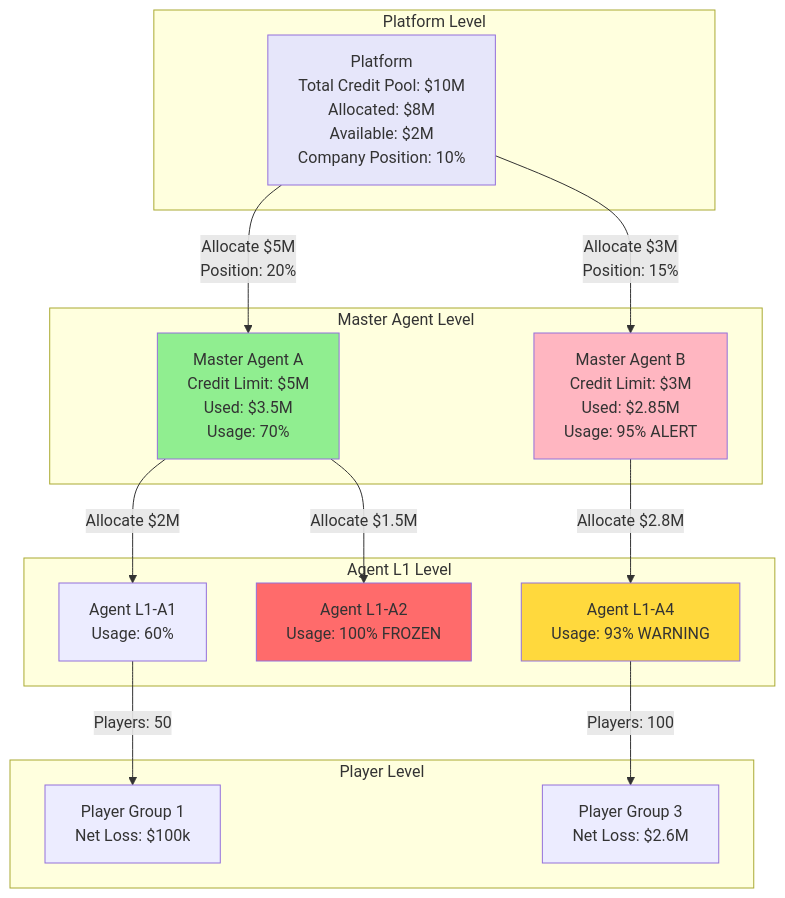
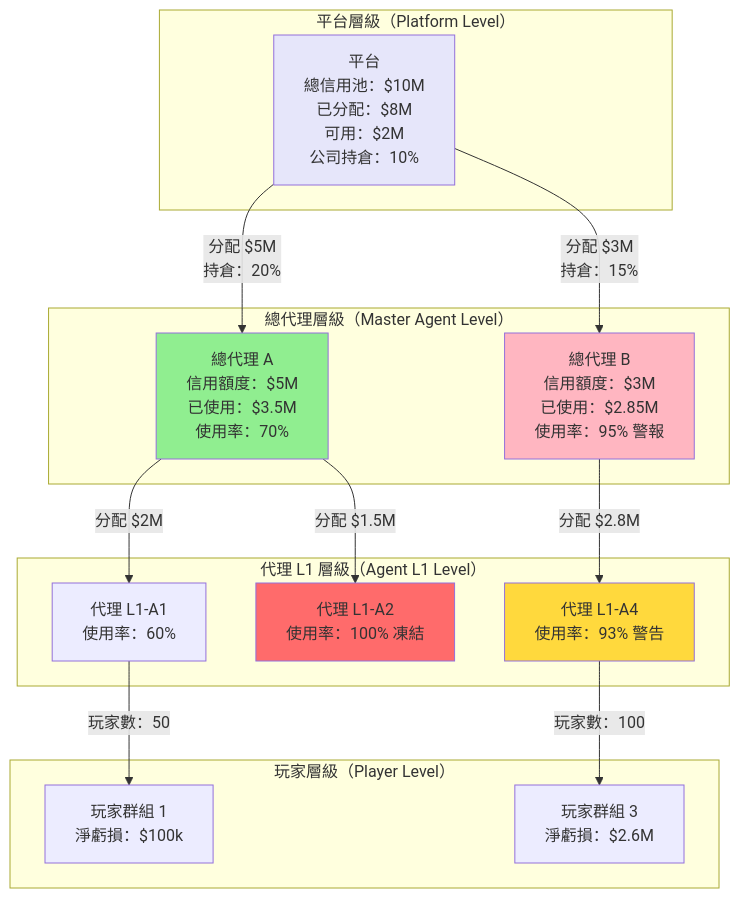
Before and after one commit to ron03wlb/smart-admin: the first of 3 diagrams in docs/iGaming/architecture/07_Agent_Service/Credit_Network_Architecture.md, drawn with Mermaid. The commit also changed other lines of this file and 4 other files, not shown here.

````diff
--- a/docs/iGaming/architecture/07_Agent_Service/Credit_Network_Architecture.md
+++ b/docs/iGaming/architecture/07_Agent_Service/Credit_Network_Architecture.md
@@ -18,29 +18,29 @@
 ```mermaid
 graph TB
-    subgraph "Platform Level"
-        P["Platform<br/>Total Credit Pool: $10M<br/>Allocated: $8M<br/>Available: $2M<br/>Company Position: 10%"]
+    subgraph "平台層級（Platform Level）"
+        P["平台<br/>總信用池：$10M<br/>已分配：$8M<br/>可用：$2M<br/>公司持倉：10%"]
     end
 
-    subgraph "Master Agent Level"
-        P -->|Allocate $5M<br/>Position: 20%| M1["Master Agent A<br/>Credit Limit: $5M<br/>Used: $3.5M<br/>Usage: 70%"]
+    subgraph "總代理層級（Master Agent Level）"
+        P -->|分配 $5M<br/>持倉：20%| M1["總代理 A<br/>信用額度：$5M<br/>已使用：$3.5M<br/>使用率：70%"]
 
-        P -->|Allocate $3M<br/>Position: 15%| M2["Master Agent B<br/>Credit Limit: $3M<br/>Used: $2.85M<br/>Usage: 95% ALERT"]
+        P -->|分配 $3M<br/>持倉：15%| M2["總代理 B<br/>信用額度：$3M<br/>已使用：$2.85M<br/>使用率：95% 警報"]
     end
 
-    subgraph "Agent L1 Level"
-        M1 -->|Allocate $2M| A1["Agent L1-A1<br/>Usage: 60%"]
-        M1 -->|Allocate $1.5M| A2["Agent L1-A2<br/>Usage: 100% FROZEN"]
-        M2 -->|Allocate $2.8M| A4["Agent L1-A4<br/>Usage: 93% WARNING"]
+    subgraph "代理 L1 層級（Agent L1 Level）"
+        M1 -->|分配 $2M| A1["代理 L1-A1<br/>使用率：60%"]
+        M1 -->|分配 $1.5M| A2["代理 L1-A2<br/>使用率：100% 凍結"]
+        M2 -->|分配 $2.8M| A4["代理 L1-A4<br/>使用率：93% 警告"]
     end
 
-    subgraph "Player Level"
-        A1 -->|Players: 50| PG1["Player Group 1<br/>Net Loss: $100k"]
-        A4 -->|Players: 100| PG3["Player Group 3<br/>Net Loss: $2.6M"]
+    subgraph "玩家層級（Player Level）"
+        A1 -->|玩家數：50| PG1["玩家群組 1<br/>淨虧損：$100k"]
+        A4 -->|玩家數：100| PG3["玩家群組 3<br/>淨虧損：$2.6M"]
     end
 
     style P fill:#E6E6FA
     style M1 fill:#90EE90
     style M2 fill:#FFB6C1
     style A2 fill:#FF6B6B
     style A4 fill:#FFD93D
 ```
````
